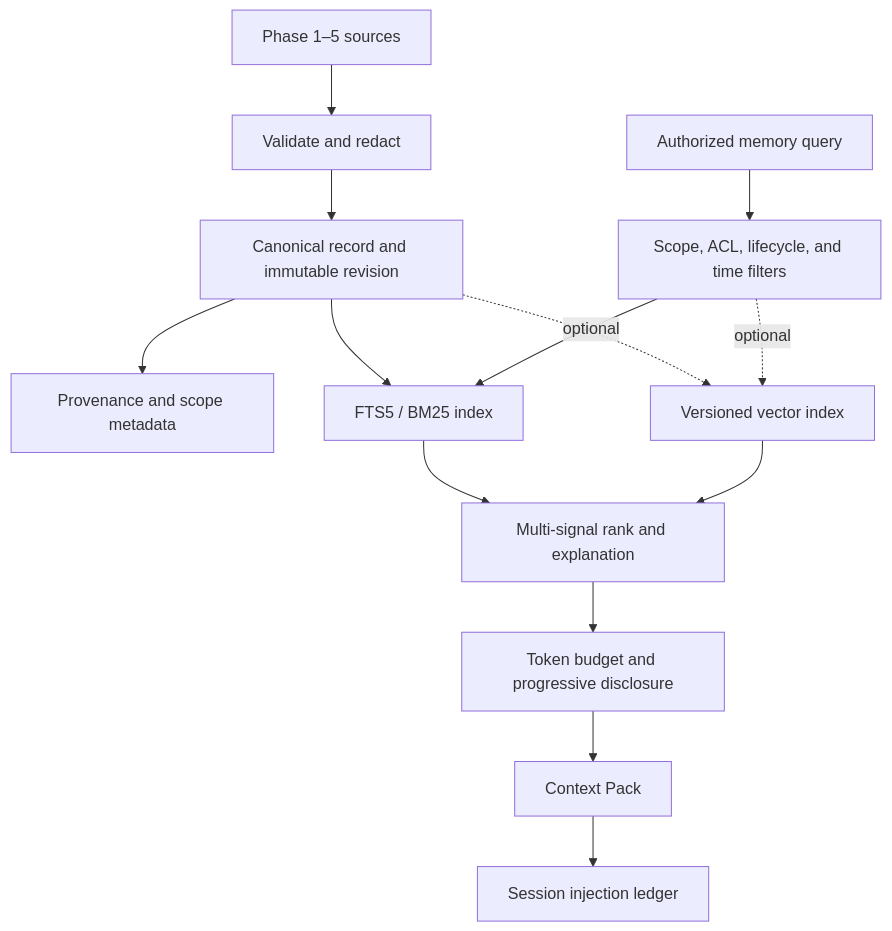
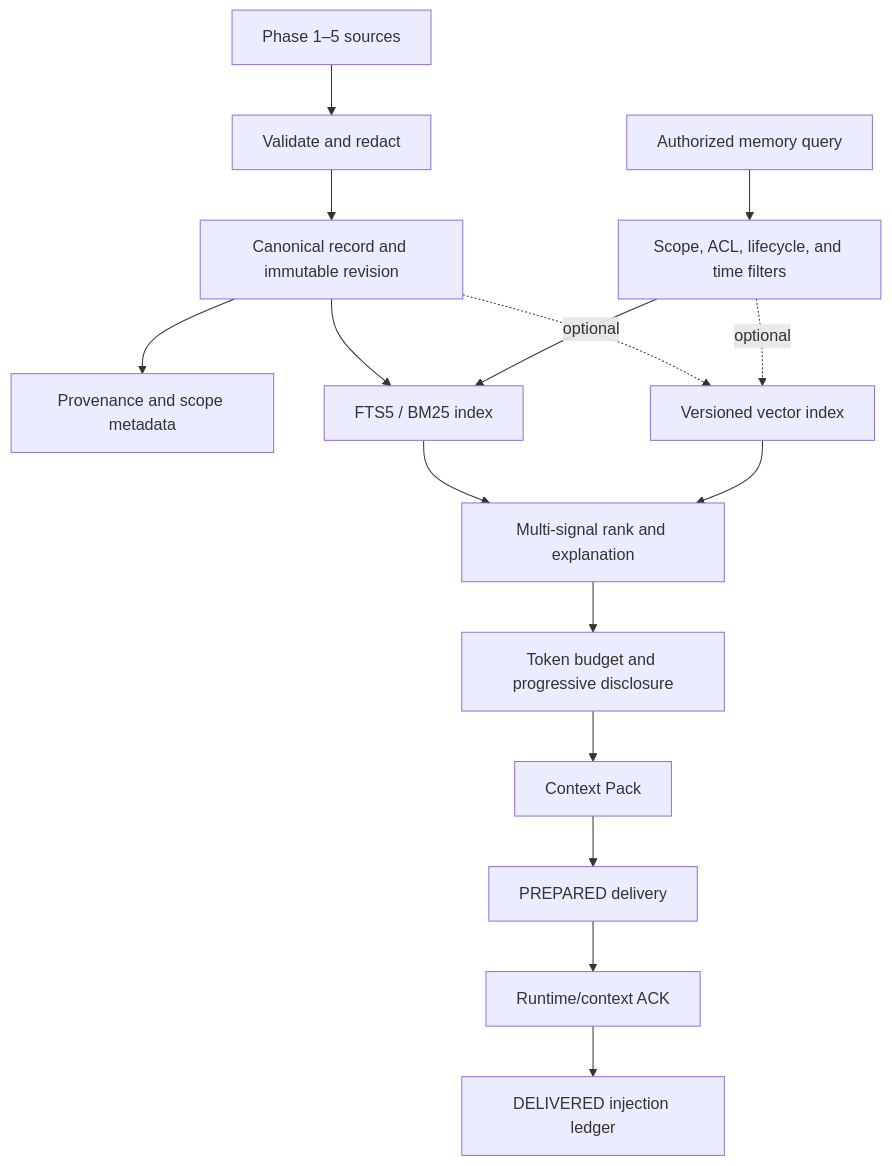
Before and after one commit to MakimaAI/MakimaCodex: the diagram in docs/architecture/phase-6-memory-os-scope.md, drawn with Mermaid. The commit also changed other lines of this file and 16 other files, not shown here.

````diff
--- a/docs/architecture/phase-6-memory-os-scope.md
+++ b/docs/architecture/phase-6-memory-os-scope.md
@@ -89,16 +95,18 @@
 ```mermaid
 flowchart TD
   S["Phase 1–5 sources"] --> G["Validate and redact"]
   G --> C["Canonical record and immutable revision"]
   C --> P["Provenance and scope metadata"]
   C --> F["FTS5 / BM25 index"]
   C -. optional .-> V["Versioned vector index"]
   Q["Authorized memory query"] --> A["Scope, ACL, lifecycle, and time filters"]
   A --> F
   A -. optional .-> V
   F --> R["Multi-signal rank and explanation"]
   V --> R
   R --> B["Token budget and progressive disclosure"]
   B --> X["Context Pack"]
-  X --> L["Session injection ledger"]
+  X --> D["PREPARED delivery"]
+  D --> K["Runtime/context ACK"]
+  K --> L["DELIVERED injection ledger"]
 ```
````
